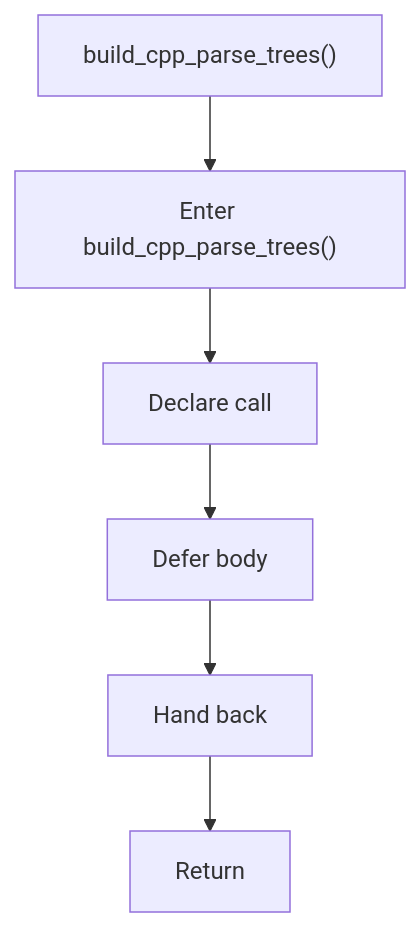
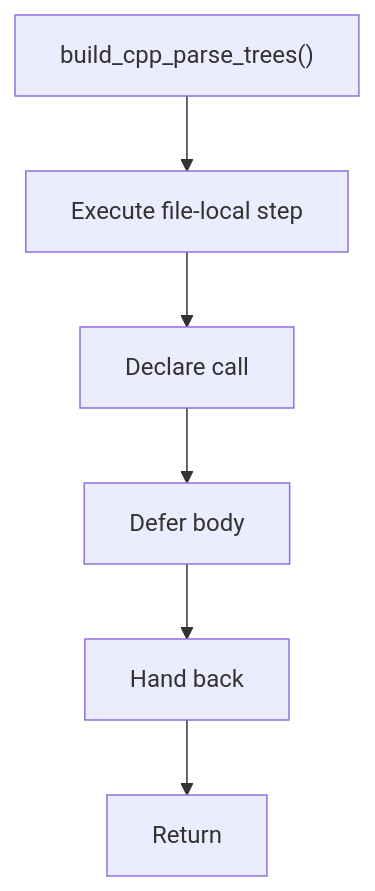
The diagram in docs/Codebase/Microservice/Modules/Header/SyntacticBrokenAST/Trees/Actual/Flow/functions/build_cpp_parse_trees.hpp.md (JohnAndrewBalbarosa/NeoTerritory), drawn with Mermaid before and after one commit. The commit also changed other lines of this file and 915 other files, not shown here.

````diff
--- a/docs/Codebase/Microservice/Modules/Header/SyntacticBrokenAST/Trees/Actual/Flow/functions/build_cpp_parse_trees.hpp.md
+++ b/docs/Codebase/Microservice/Modules/Header/SyntacticBrokenAST/Trees/Actual/Flow/functions/build_cpp_parse_trees.hpp.md
@@ -16,14 +16,14 @@
 ```mermaid
 flowchart TD
     Start["build_cpp_parse_trees()"]
-    N0["Enter build_cpp_parse_trees()"]
+    N0["Execute file-local step"]
     N1["Declare call"]
     N2["Defer body"]
     N3["Hand back"]
     End["Return"]
     Start --> N0
     N0 --> N1
     N1 --> N2
     N2 --> N3
     N3 --> End
 ```
````
